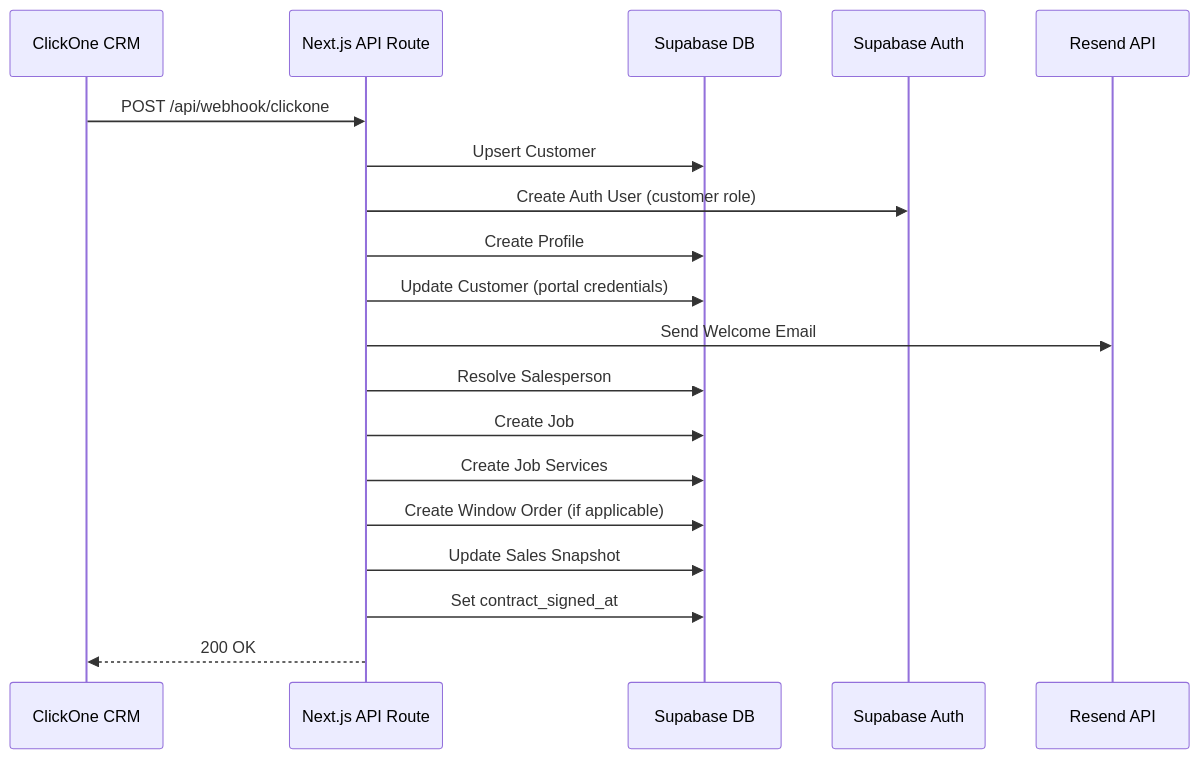
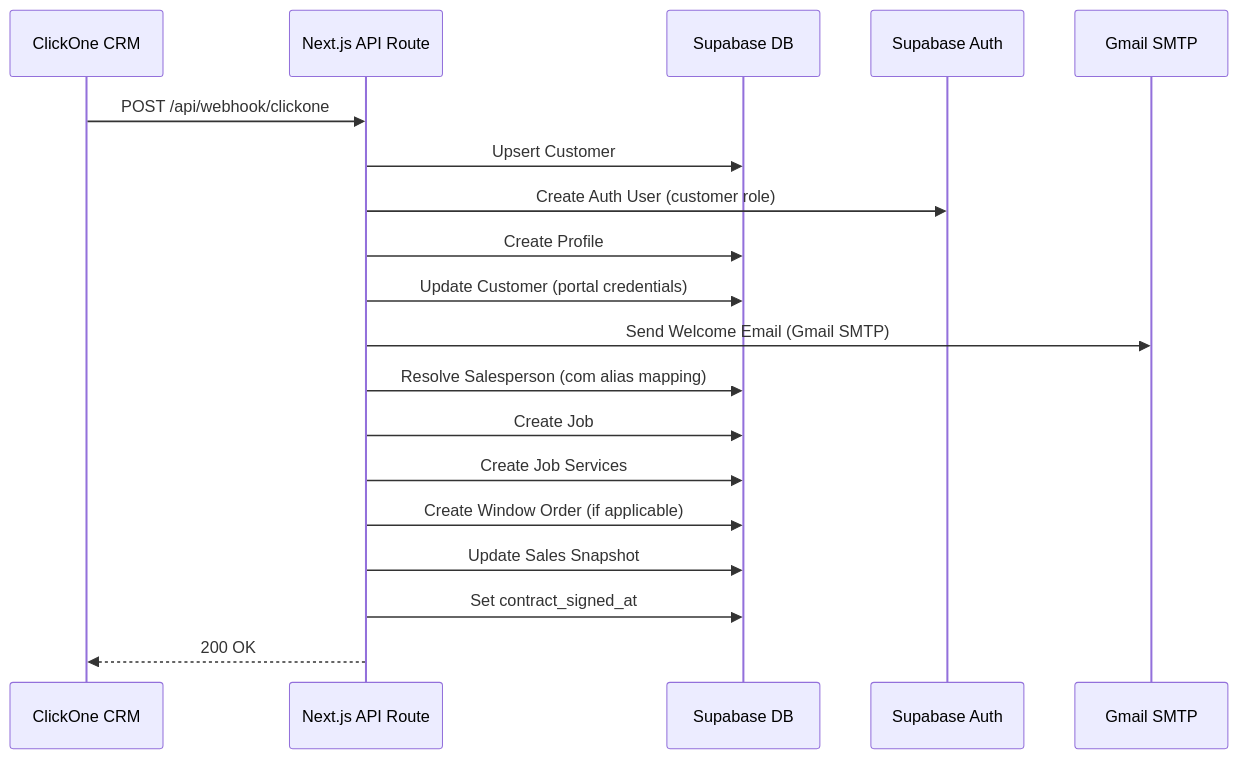
Before and after one commit to Wyllams/Sinding-Depot: the diagram in Projetos 2026/Siding Depot/Webhook ClickOne.md, drawn with Mermaid. The commit also changed other lines of this file and 9 other files, not shown here.

````diff
--- a/Projetos 2026/Siding Depot/Webhook ClickOne.md
+++ b/Projetos 2026/Siding Depot/Webhook ClickOne.md
@@ -23,22 +23,22 @@
 ```mermaid
 sequenceDiagram
     participant CRM as ClickOne CRM
     participant API as Next.js API Route
     participant DB as Supabase DB
     participant Auth as Supabase Auth
-    participant Email as Resend API
+    participant Email as Gmail SMTP
 
     CRM->>API: POST /api/webhook/clickone
     API->>DB: Upsert Customer
     API->>Auth: Create Auth User (customer role)
     API->>DB: Create Profile
     API->>DB: Update Customer (portal credentials)
-    API->>Email: Send Welcome Email
-    API->>DB: Resolve Salesperson
+    API->>Email: Send Welcome Email (Gmail SMTP)
+    API->>DB: Resolve Salesperson (com alias mapping)
     API->>DB: Create Job
     API->>DB: Create Job Services
     API->>DB: Create Window Order (if applicable)
     API->>DB: Update Sales Snapshot
     API->>DB: Set contract_signed_at
     API-->>CRM: 200 OK
 ```
````
